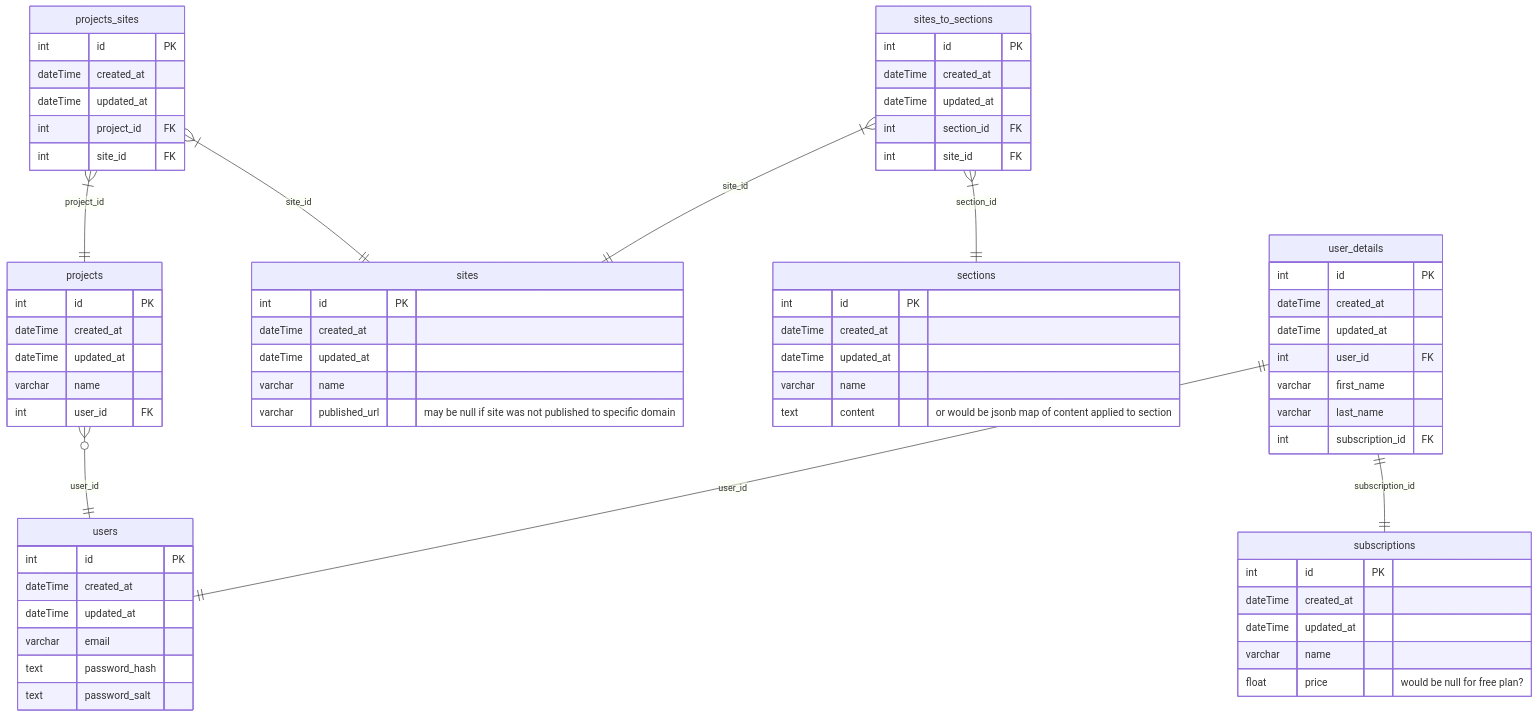
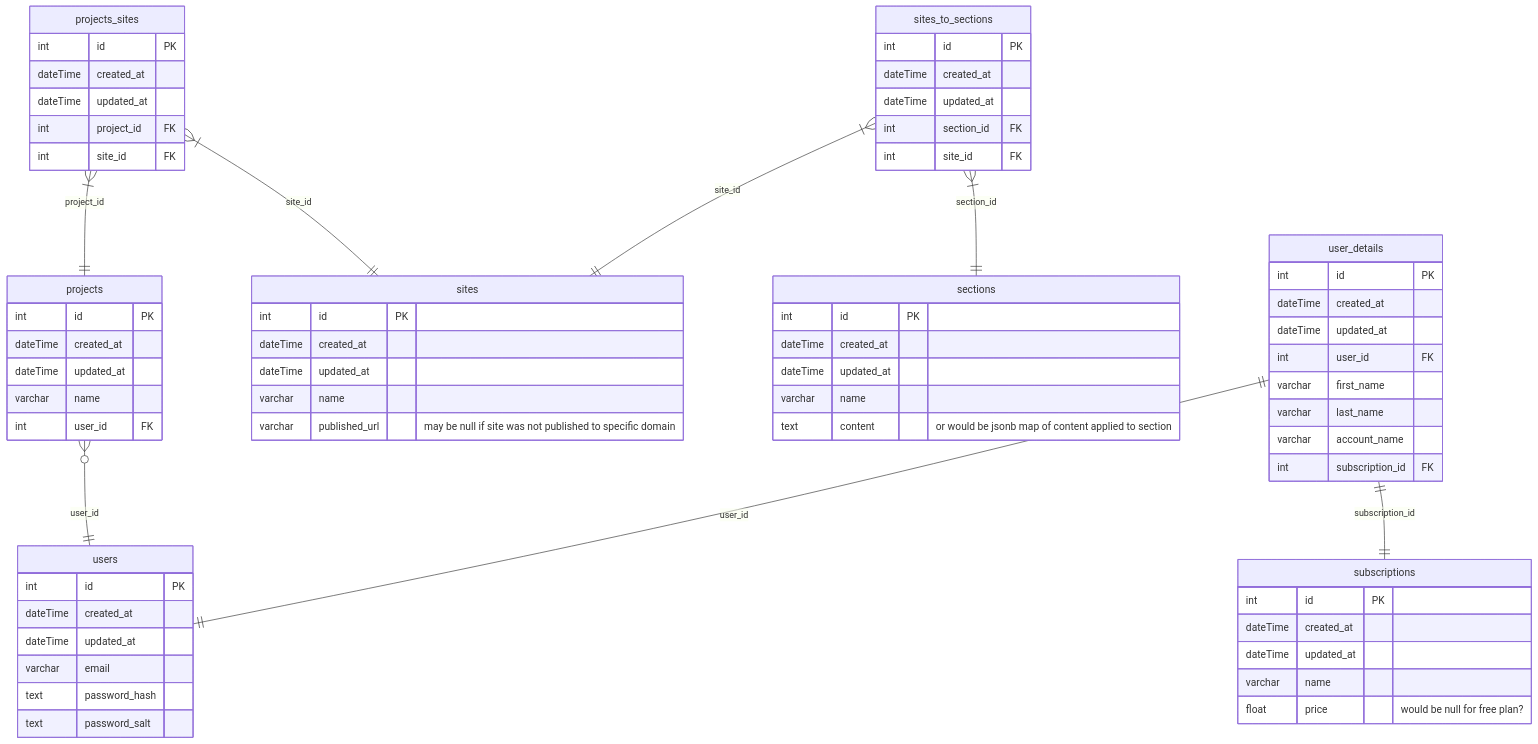
Before and after one commit to BinaryStudioAcademy/bsa-winter-2022-2023-simpleland: the diagram in readme.md, drawn with Mermaid.

Commit message:
sl-49: * update db schema.Add account_name column

````diff
--- a/readme.md
+++ b/readme.md
@@ -43,79 +43,80 @@
 ```mermaid
 erDiagram
 
   users {
     int id PK
     dateTime created_at
     dateTime updated_at
     varchar email
     text password_hash
     text password_salt
   }
 
   %% mb user_details should content subscription_end_time col?
   user_details ||--|| users : user_id
   user_details ||--|| subscriptions : subscription_id
   user_details {
     int id PK
     dateTime created_at
     dateTime updated_at
     int user_id FK
     varchar first_name
     varchar last_name
+    varchar account_name
     int subscription_id FK
   }
 
   sites {
     int id PK
     dateTime created_at
     dateTime updated_at
     varchar name
     varchar published_url "may be null if site was not published to specific domain"
   }
 
   sections {
     int id PK
     dateTime created_at
     dateTime updated_at
     varchar name
     text content "or would be jsonb map of content applied to section"
   }
 
   sites_to_sections }|--|| sections : section_id
   sites_to_sections }|--|| sites : site_id
   sites_to_sections {
     int id PK
     dateTime created_at
     dateTime updated_at
     int section_id FK
     int site_id FK
   }
 
   projects }o--|| users : user_id
   projects {
     int id PK
     dateTime created_at
     dateTime updated_at
     varchar name
     int user_id FK
   }
 
   projects_sites }|--|| projects : project_id
   projects_sites }|--|| sites : site_id
   projects_sites {
     int id PK
     dateTime created_at
     dateTime updated_at
     int project_id FK
     int site_id FK
   }
 
   subscriptions {
     int id PK
     dateTime created_at
     dateTime updated_at
     varchar name
     float price "would be null for free plan?"
   }
 
 ```
````
